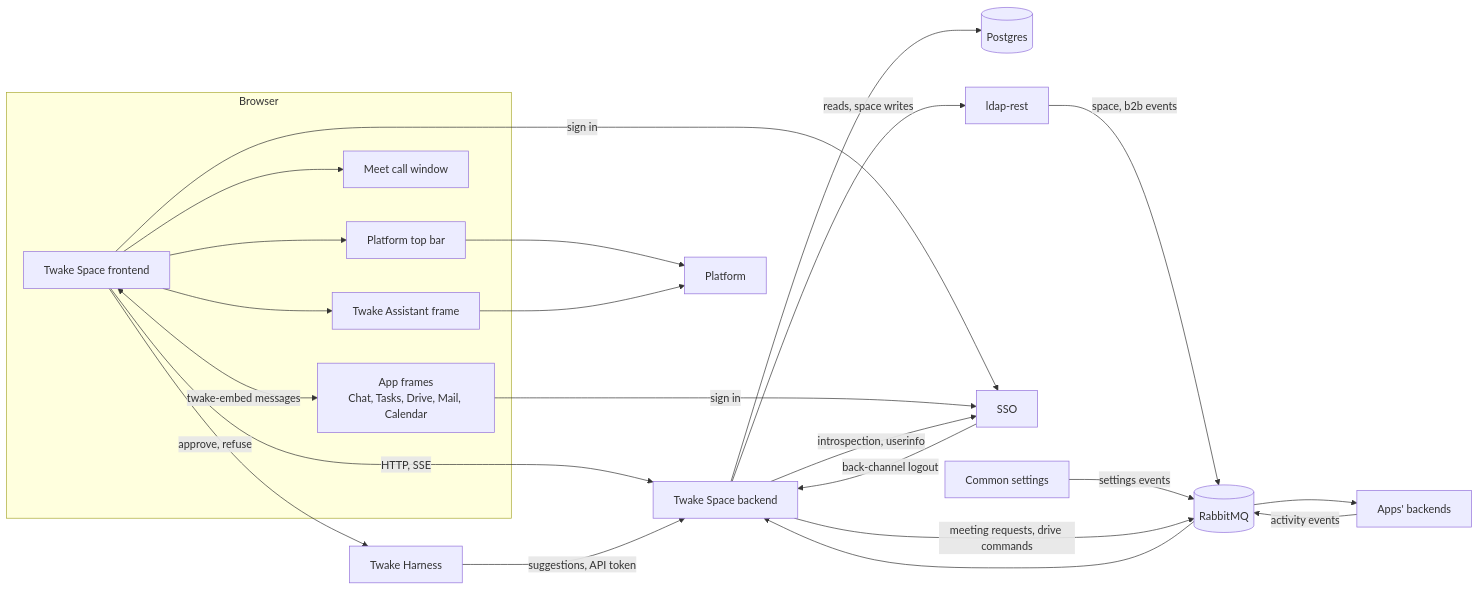
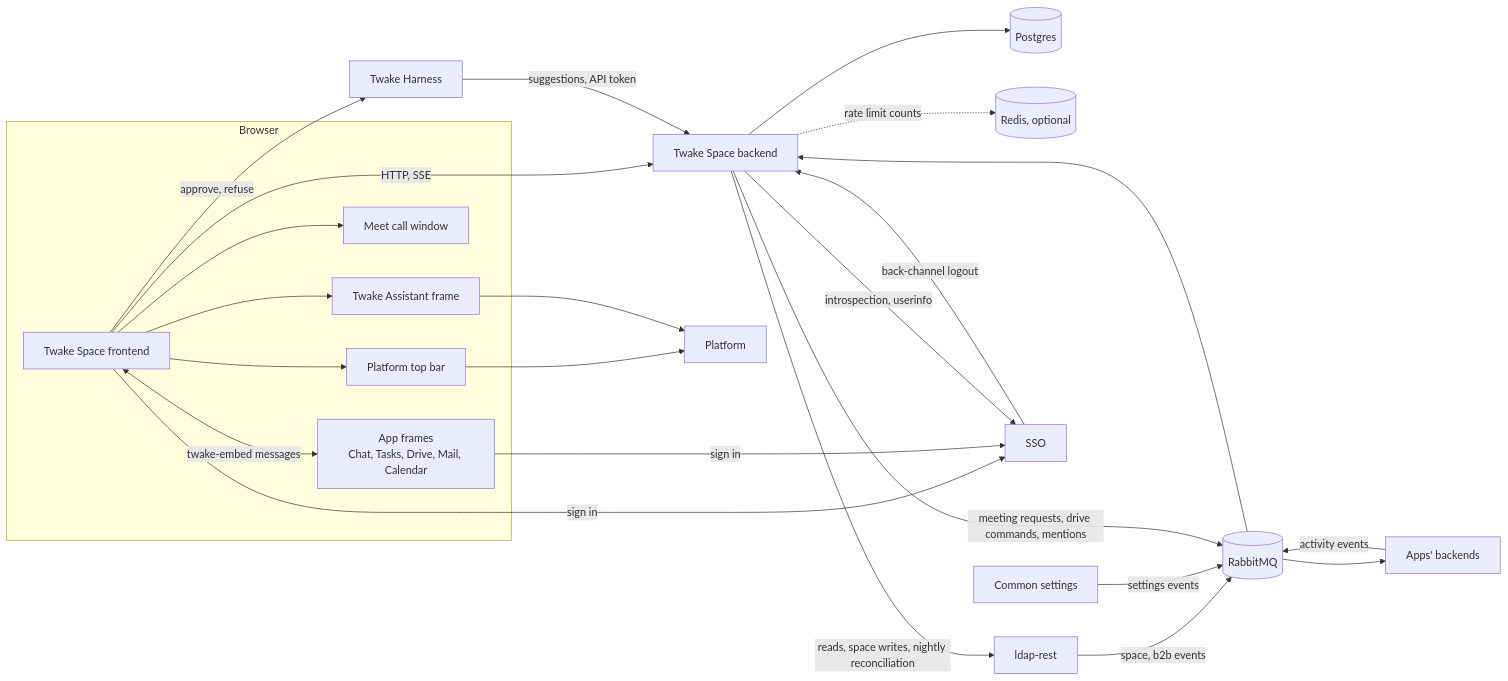
The first of 4 diagrams in docs/architecture.md (linagora/twake-space), drawn with Mermaid before and after one commit. The commit also changed other lines of this file and 6 other files, not shown here.

````diff
--- a/docs/architecture.md
+++ b/docs/architecture.md
@@ -15,39 +15,41 @@
 ```mermaid
 flowchart LR
   subgraph browser[Browser]
     fe[Twake Space frontend]
     frames["App frames<br>Chat, Tasks, Drive, Mail, Calendar"]
     meet[Meet call window]
     bar[Platform top bar]
     assistant[Twake Assistant frame]
   end
   be[Twake Space backend]
   pg[(Postgres)]
   mq[(RabbitMQ)]
+  redis[(Redis, optional)]
   ldap[ldap-rest]
   sso[SSO]
   apps[Apps' backends]
   settings[Common settings]
   platform[Platform]
   harness[Twake Harness]
 
   fe -->|HTTP, SSE| be
   fe <-->|twake-embed messages| frames
   fe --> meet
   fe --> bar
   fe --> assistant
   bar & assistant --> platform
   fe -->|approve, refuse| harness
   fe & frames -->|sign in| sso
   be --> pg
-  be -->|reads, space writes| ldap
+  be -.->|rate limit counts| redis
+  be -->|reads, space writes, nightly reconciliation| ldap
   be -->|introspection, userinfo| sso
   ldap -->|space, b2b events| mq
   apps -->|activity events| mq
   settings -->|settings events| mq
   mq --> be
-  be -->|meeting requests, drive commands| mq
+  be -->|meeting requests, drive commands, mentions| mq
   mq --> apps
   sso -->|back-channel logout| be
   harness -->|suggestions, API token| be
 ```
````
